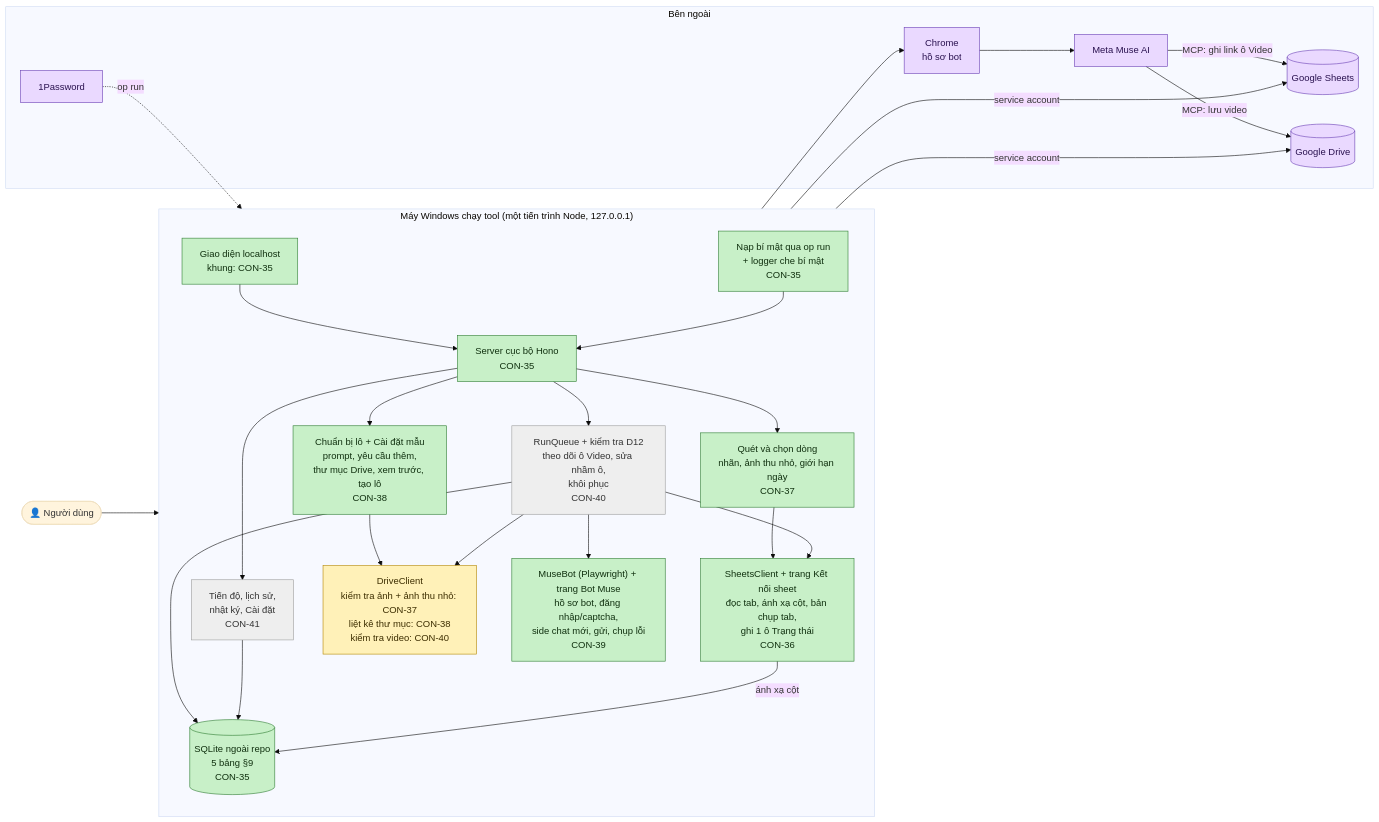
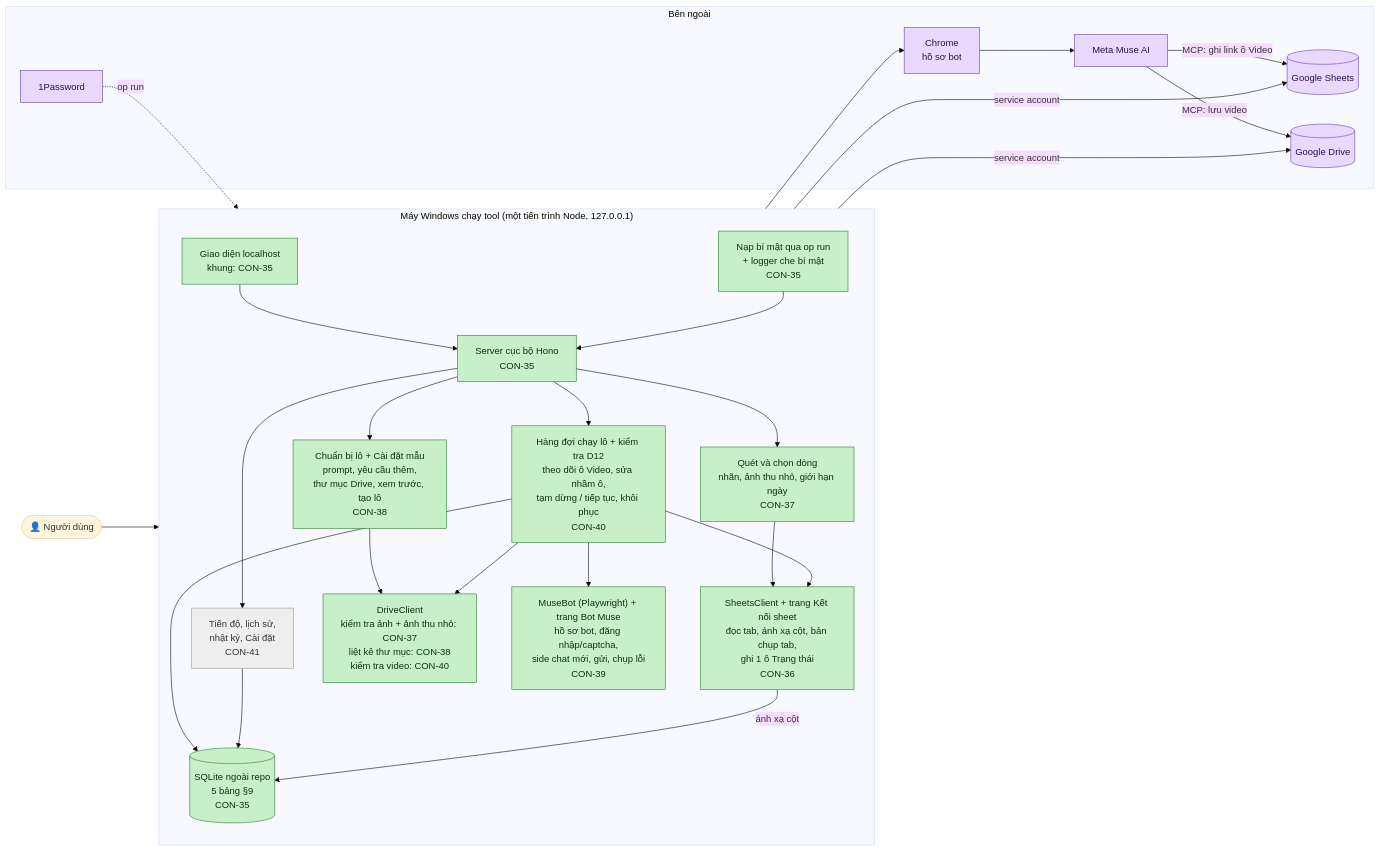
One commit to Bach1711/MASYS-VIDEO-GENERATOR changed the diagram in TIEN-DO.md. Above: the diagram before and after it, drawn with Mermaid (base theme). The commit also changed other lines of this file and 17 other files, not shown here.

First line of the commit message:
CON-40: Hàng đợi chạy lô — theo dõi ô Video, kiểm tra D12, sửa nhầm ô, khôi phục (#7)

````diff
--- a/TIEN-DO.md
+++ b/TIEN-DO.md
@@ -17,56 +17,57 @@
 ```mermaid
 flowchart LR
     user(["👤 Người dùng"])
 
     subgraph PC["Máy Windows chạy tool (một tiến trình Node, 127.0.0.1)"]
         direction TB
         ui["Giao diện localhost<br/>khung: CON-35"]
         server["Server cục bộ Hono<br/>CON-35"]
         secrets["Nạp bí mật qua op run<br/>+ logger che bí mật<br/>CON-35"]
         db[("SQLite ngoài repo<br/>5 bảng §9<br/>CON-35")]
 
         sheet["SheetsClient + trang Kết nối sheet<br/>đọc tab, ánh xạ cột, bản chụp tab,<br/>ghi 1 ô Trạng thái<br/>CON-36"]
         scan["Quét và chọn dòng<br/>nhãn, ảnh thu nhỏ, giới hạn ngày<br/>CON-37"]
         editor["Chuẩn bị lô + Cài đặt mẫu<br/>prompt, yêu cầu thêm,<br/>thư mục Drive, xem trước, tạo lô<br/>CON-38"]
         bot["MuseBot (Playwright) + trang Bot Muse<br/>hồ sơ bot, đăng nhập/captcha,<br/>side chat mới, gửi, chụp lỗi<br/>CON-39"]
-        queue["RunQueue + kiểm tra D12<br/>theo dõi ô Video, sửa nhầm ô,<br/>khôi phục<br/>CON-40"]
+        queue["Hàng đợi chạy lô + kiểm tra D12<br/>theo dõi ô Video, sửa nhầm ô,<br/>tạm dừng / tiếp tục, khôi phục<br/>CON-40"]
         drive["DriveClient<br/>kiểm tra ảnh + ảnh thu nhỏ: CON-37<br/>liệt kê thư mục: CON-38<br/>kiểm tra video: CON-40"]
         progress["Tiến độ, lịch sử,<br/>nhật ký, Cài đặt<br/>CON-41"]
     end
 
     subgraph EXT["Bên ngoài"]
         gsheets[("Google Sheets")]
         gdrive[("Google Drive")]
         chrome["Chrome<br/>hồ sơ bot"]
         muse["Meta Muse AI"]
         op["1Password"]
     end
 
     user --> ui --> server
     server --> scan & editor & progress
     scan --> sheet
     editor --> drive
     server --> queue
     queue --> sheet & drive & bot
     queue --> db
     progress --> db
     sheet -- "ánh xạ cột" --> db
     sheet -- "service account" --> gsheets
     drive -- "service account" --> gdrive
     bot --> chrome --> muse
     muse -- "MCP: lưu video" --> gdrive
     muse -- "MCP: ghi link ô Video" --> gsheets
     op -. "op run" .-> secrets --> server
 
     classDef done fill:#c8f0c8,stroke:#2e7d32,color:#10300f
     classDef review fill:#cfe3ff,stroke:#1f5fbf,color:#0c2550
     classDef doing fill:#fff1b8,stroke:#b38600,color:#3d2e00
     classDef todo fill:#eeeeee,stroke:#9e9e9e,color:#333333
     classDef ext fill:#ead9ff,stroke:#6a3fb5,color:#2a1250
 
     class ui,server,secrets,db,sheet,scan,editor done
-    class drive doing
+    class drive done
     class bot done
-    class queue,progress todo
+    class queue done
+    class progress todo
     class gsheets,gdrive,chrome,muse,op ext
 ```
````
